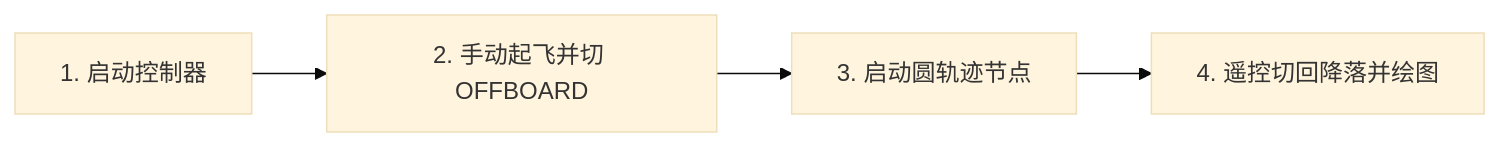
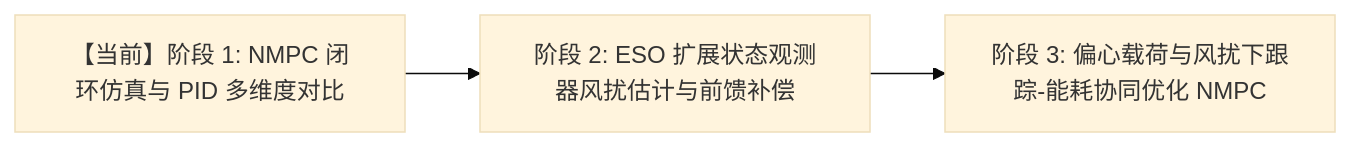
One commit to martubuntu/quadrotor_mpc changed the diagram in README.md. Above: the diagram before and after it, drawn with Mermaid (base theme). The commit also changed other lines of this file and 9 other files, not shown here.

````diff
--- a/README.md
+++ b/README.md
@@ -11,6 +9,5 @@
 ```mermaid
 graph LR
-    Step1["1. 启动控制器"] --> Step2["2. 手动起飞并切 OFFBOARD"]
-    Step2 --> Step3["3. 启动圆轨迹节点"]
-    Step3 --> Step4["4. 遥控切回降落并绘图"]
+    Stage1["【当前】阶段 1: NMPC 闭环仿真与 PID 多维度对比"] --> Stage2["阶段 2: ESO 扩展状态观测器风扰估计与前馈补偿"]
+    Stage2 --> Stage3["阶段 3: 偏心载荷与风扰下跟踪-能耗协同优化 NMPC"]
 ```
````
